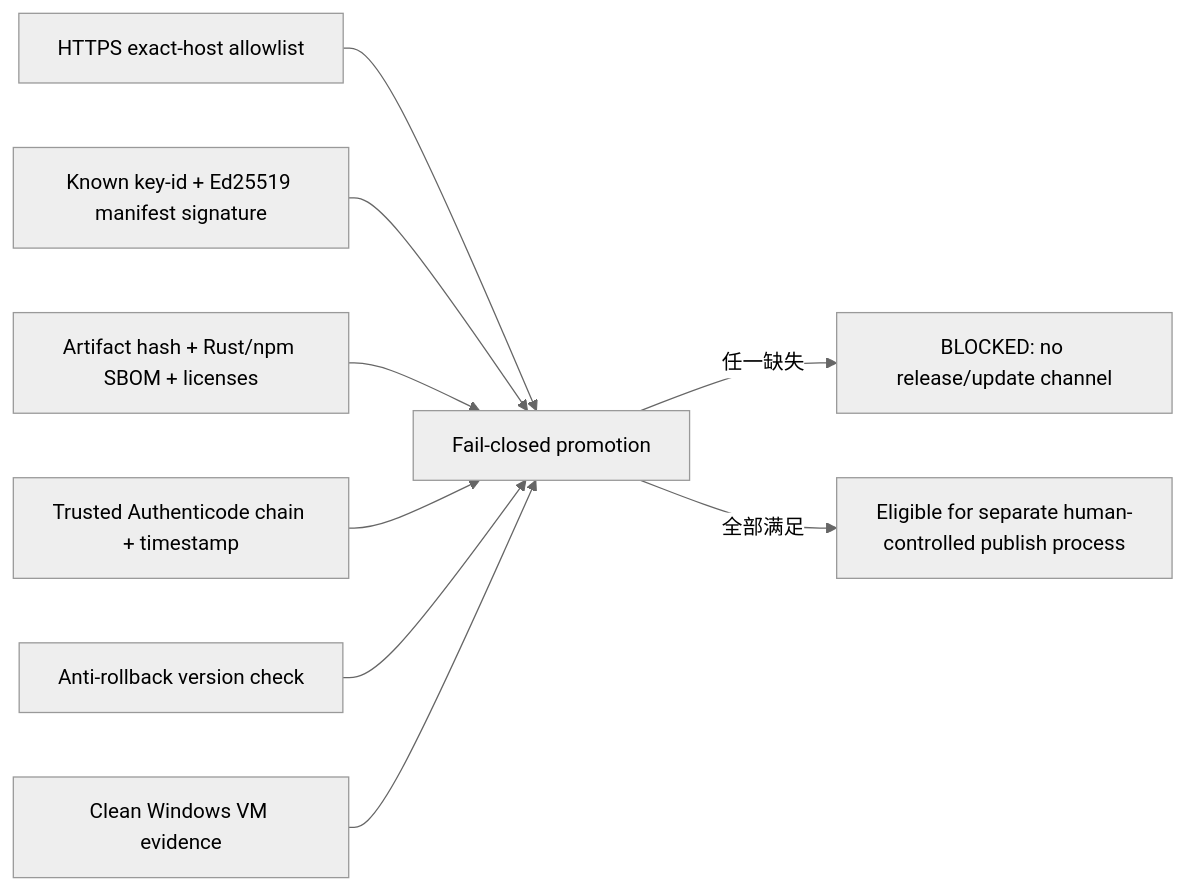
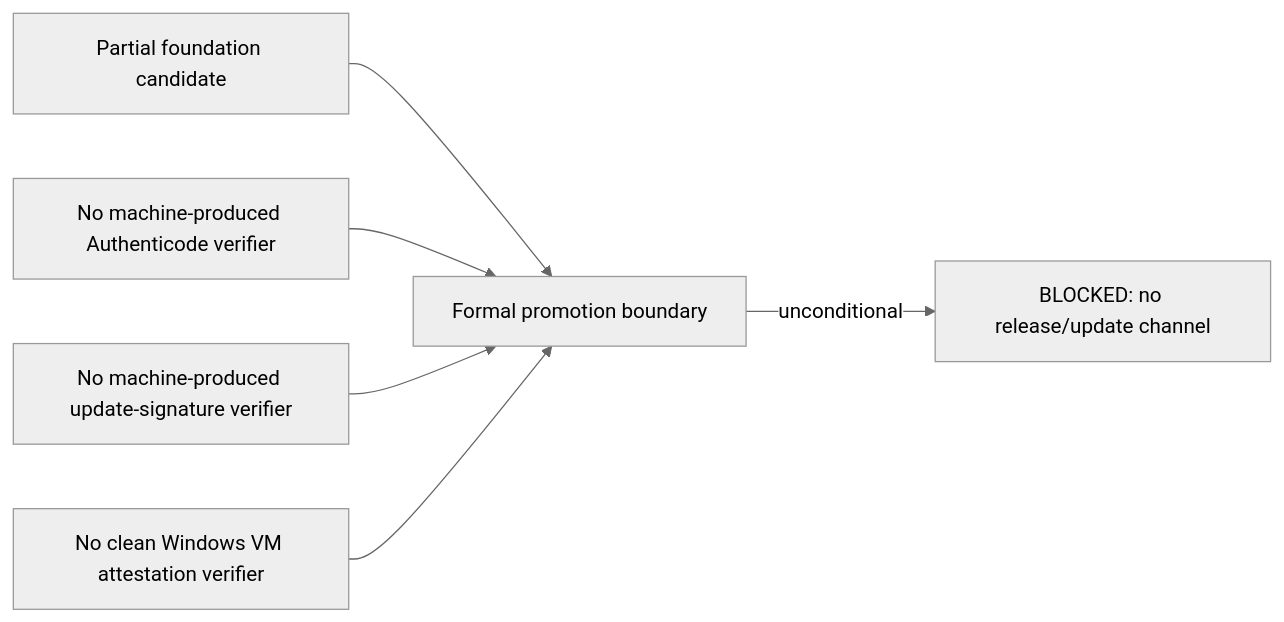
Before and after one commit to coconilu/vpn-hub: the diagram in docs/issue-15-release-foundation.md, drawn with Mermaid (neutral theme). The commit also changed other lines of this file and 17 other files, not shown here.

Commit message:
fix: close release foundation review gaps

````diff
--- a/docs/issue-15-release-foundation.md
+++ b/docs/issue-15-release-foundation.md
@@ -39,11 +42,8 @@
 ```mermaid
 flowchart LR
-  A["HTTPS exact-host allowlist"] --> G["Fail-closed promotion"]
-  B["Known key-id + Ed25519 manifest signature"] --> G
-  C["Artifact hash + Rust/npm SBOM + licenses"] --> G
-  D["Trusted Authenticode chain + timestamp"] --> G
-  E["Anti-rollback version check"] --> G
-  F["Clean Windows VM evidence"] --> G
-  G -->|"任一缺失"| X["BLOCKED: no release/update channel"]
-  G -->|"全部满足"| Y["Eligible for separate human-controlled publish process"]
+  A["Partial foundation candidate"] --> G["Formal promotion boundary"]
+  D["No machine-produced Authenticode verifier"] --> G
+  E["No machine-produced update-signature verifier"] --> G
+  F["No clean Windows VM attestation verifier"] --> G
+  G -->|"unconditional"| X["BLOCKED: no release/update channel"]
 ```
````
